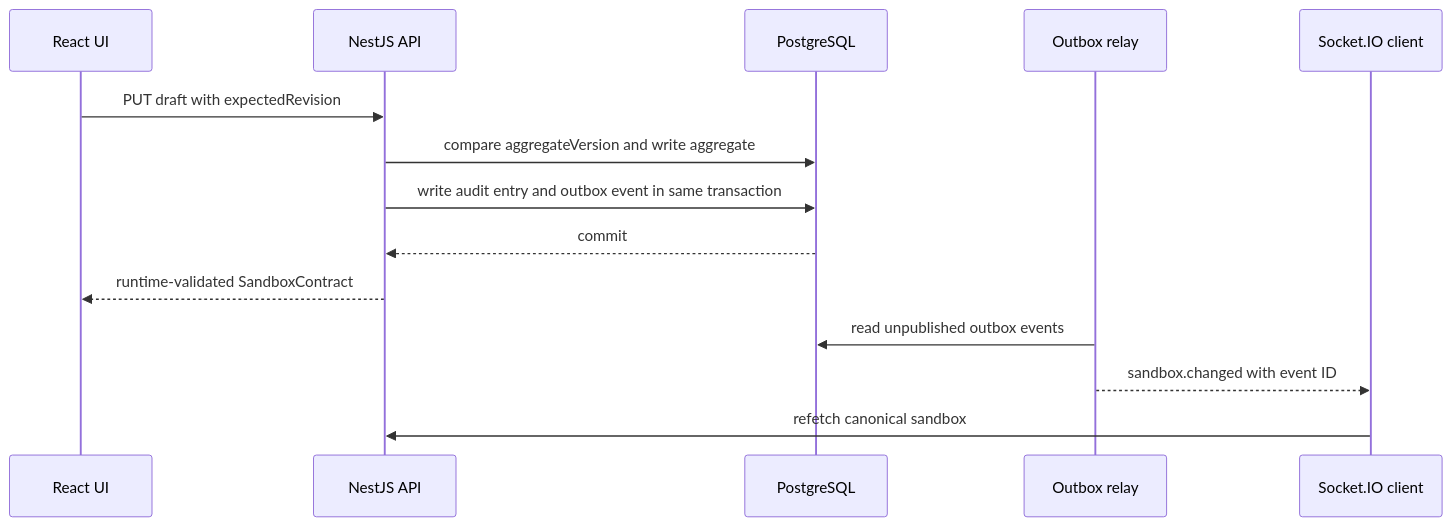
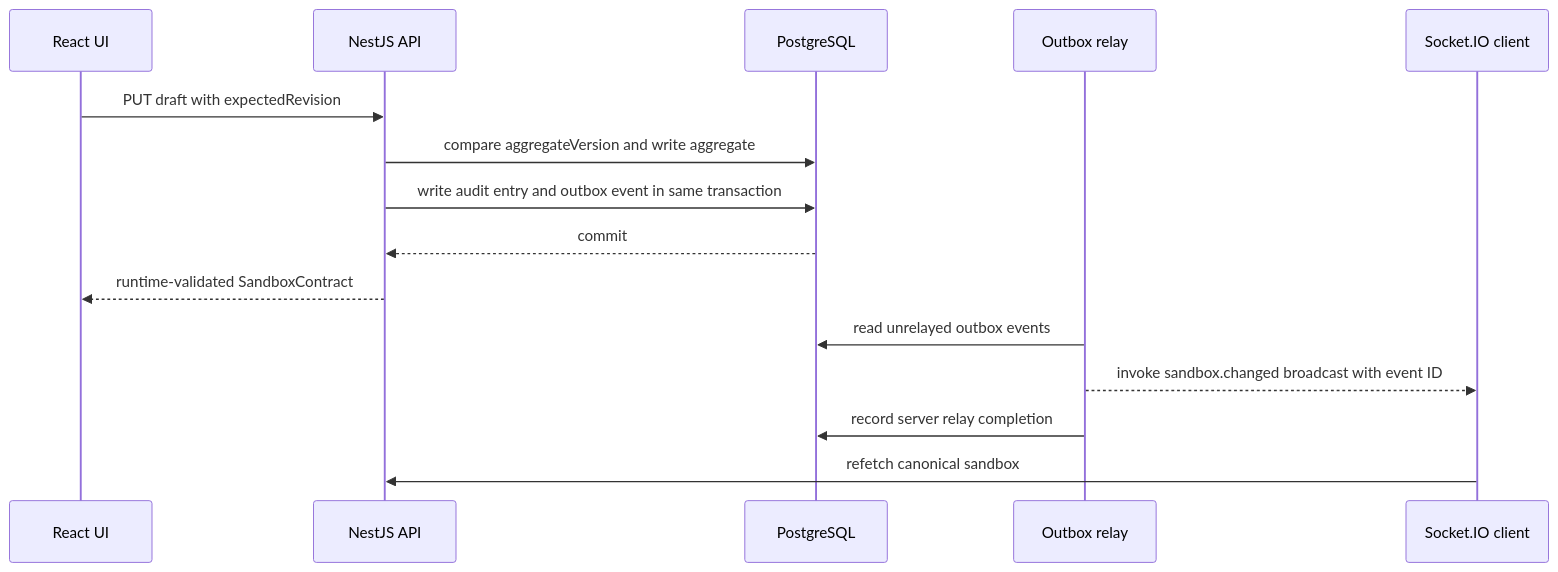
Before and after one commit to wasiliy-strecker/flowform-studio: the diagram in docs/architecture.md, drawn with Mermaid. The commit also changed other lines of this file and 36 other files, not shown here.

First line of the commit message:
Harden FlowForm version integrity

````diff
--- a/docs/architecture.md
+++ b/docs/architecture.md
@@ -26,17 +26,18 @@
 ```mermaid
 sequenceDiagram
   participant UI as React UI
   participant API as NestJS API
   participant DB as PostgreSQL
   participant Relay as Outbox relay
   participant Socket as Socket.IO client
 
   UI->>API: PUT draft with expectedRevision
   API->>DB: compare aggregateVersion and write aggregate
   API->>DB: write audit entry and outbox event in same transaction
   DB-->>API: commit
   API-->>UI: runtime-validated SandboxContract
-  Relay->>DB: read unpublished outbox events
-  Relay-->>Socket: sandbox.changed with event ID
+  Relay->>DB: read unrelayed outbox events
+  Relay-->>Socket: invoke sandbox.changed broadcast with event ID
+  Relay->>DB: record server relay completion
   Socket->>API: refetch canonical sandbox
 ```
````
